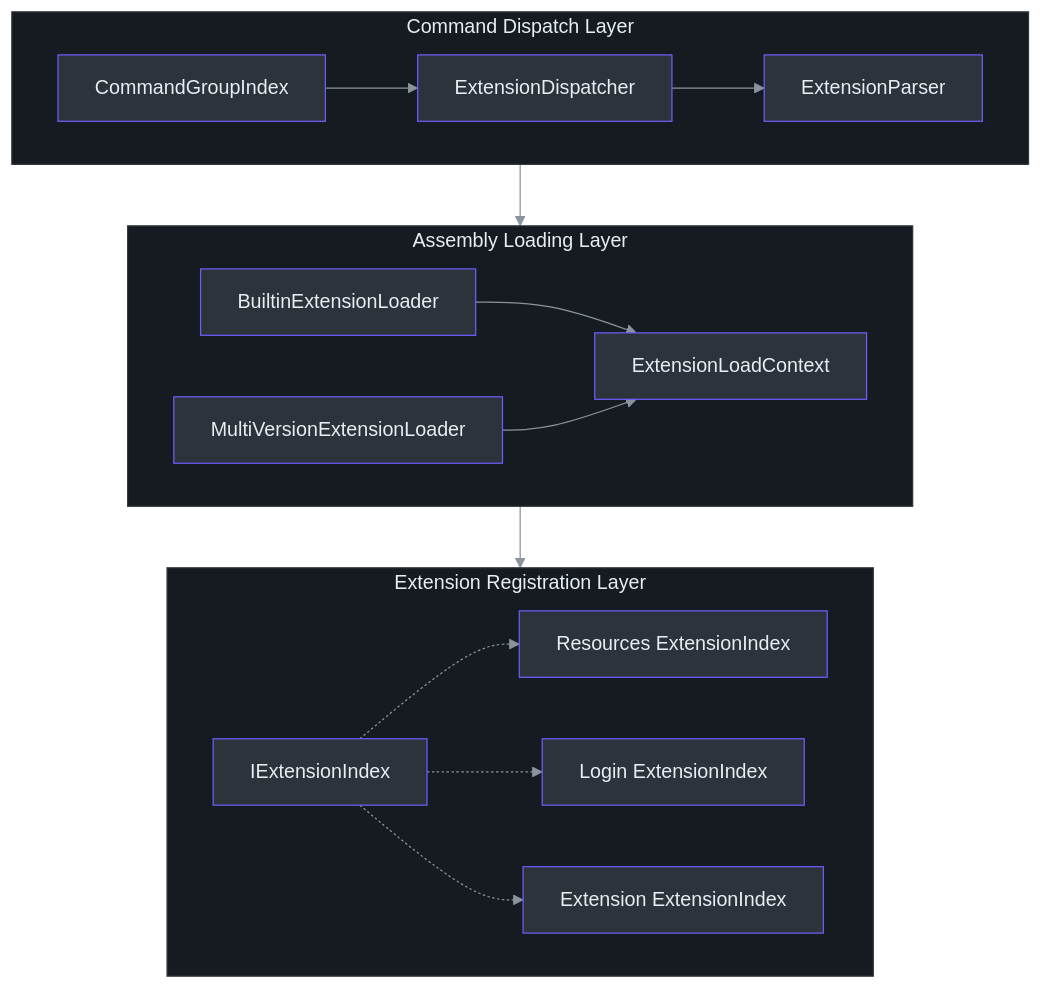
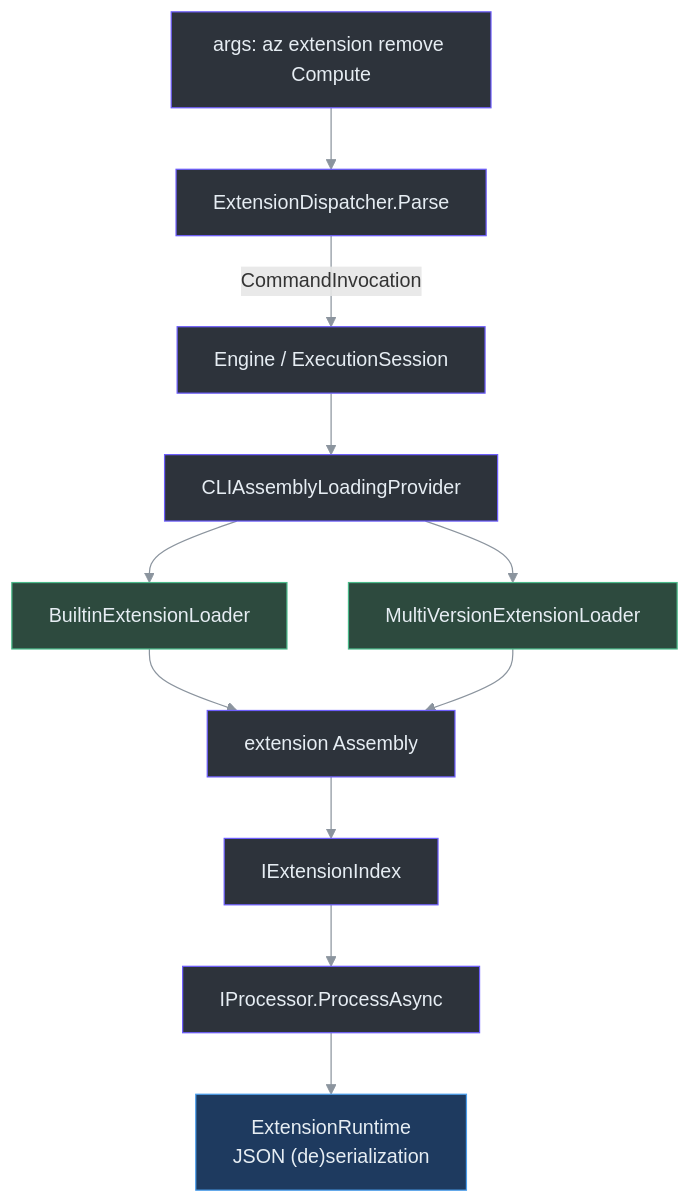
Before and after one commit to Azure/azclips: the first of 3 diagrams in wiki/02-deep-dive/extension-system.md, drawn with Mermaid. The commit also changed other lines of this file and 19 other files, not shown here.

````diff
--- a/wiki/02-deep-dive/extension-system.md
+++ b/wiki/02-deep-dive/extension-system.md
@@ -14,53 +30,25 @@
 ```mermaid
-flowchart TB
-    subgraph Dispatch["Command Dispatch Layer"]
-        direction LR
-        CGI["CommandGroupIndex"]
-        ED["ExtensionDispatcher"]
-        EP["ExtensionParser"]
+graph TD
+    ARGS["args: az extension remove Compute"] --> DISP["ExtensionDispatcher.Parse"]
+    DISP -->|"CommandInvocation"| ENG["Engine / ExecutionSession"]
+    ENG --> ALP["CLIAssemblyLoadingProvider"]
+    ALP --> L1["BuiltinExtensionLoader"]
+    ALP --> L2["MultiVersionExtensionLoader"]
+    L1 --> ASM["extension Assembly"]
+    L2 --> ASM
+    ASM --> IDX["IExtensionIndex"]
+    IDX --> PROC["IProcessor.ProcessAsync"]
+    PROC --> RT["ExtensionRuntime<br>JSON (de)serialization"]
 
-        CGI --> ED
-        ED --> EP
-    end
-
-    subgraph Loading["Assembly Loading Layer"]
-        direction LR
-        BEL["BuiltinExtensionLoader"]
-        MVEL["MultiVersionExtensionLoader"]
-        ELC["ExtensionLoadContext"]
-
-        BEL --> ELC
-        MVEL --> ELC
-    end
-
-    subgraph Registration["Extension Registration Layer"]
-        direction LR
-        IEI["IExtensionIndex"]
-        REI["Resources ExtensionIndex"]
-        LEI["Login ExtensionIndex"]
-        EEI["Extension ExtensionIndex"]
-
-        IEI -.-> REI
-        IEI -.-> LEI
-        IEI -.-> EEI
-    end
-
-    Dispatch --> Loading
-    Loading --> Registration
-
-    style Dispatch fill:#161b22,stroke:#30363d,color:#e6edf3
-    style Loading fill:#161b22,stroke:#30363d,color:#e6edf3
-    style Registration fill:#161b22,stroke:#30363d,color:#e6edf3
-    style CGI fill:#2d333b,stroke:#6d5dfc,color:#e6edf3
-    style ED fill:#2d333b,stroke:#6d5dfc,color:#e6edf3
-    style EP fill:#2d333b,stroke:#6d5dfc,color:#e6edf3
-    style BEL fill:#2d333b,stroke:#6d5dfc,color:#e6edf3
-    style MVEL fill:#2d333b,stroke:#6d5dfc,color:#e6edf3
-    style ELC fill:#2d333b,stroke:#6d5dfc,color:#e6edf3
-    style IEI fill:#2d333b,stroke:#6d5dfc,color:#e6edf3
-    style REI fill:#2d333b,stroke:#6d5dfc,color:#e6edf3
-    style LEI fill:#2d333b,stroke:#6d5dfc,color:#e6edf3
-    style EEI fill:#2d333b,stroke:#6d5dfc,color:#e6edf3
-
-    linkStyle 0,1,2,3,4,5,6,7,8 stroke:#8b949e
+    style ARGS fill:#2d333b,stroke:#6d5dfc,color:#e6edf3
+    style DISP fill:#2d333b,stroke:#6d5dfc,color:#e6edf3
+    style ENG fill:#2d333b,stroke:#6d5dfc,color:#e6edf3
+    style ALP fill:#2d333b,stroke:#6d5dfc,color:#e6edf3
+    style L1 fill:#2d4a3e,stroke:#4aba8a,color:#e6edf3
+    style L2 fill:#2d4a3e,stroke:#4aba8a,color:#e6edf3
+    style ASM fill:#2d333b,stroke:#6d5dfc,color:#e6edf3
+    style IDX fill:#2d333b,stroke:#6d5dfc,color:#e6edf3
+    style PROC fill:#2d333b,stroke:#6d5dfc,color:#e6edf3
+    style RT fill:#1e3a5f,stroke:#4a9eed,color:#e6edf3
+    linkStyle default stroke:#8b949e
 ```
````
